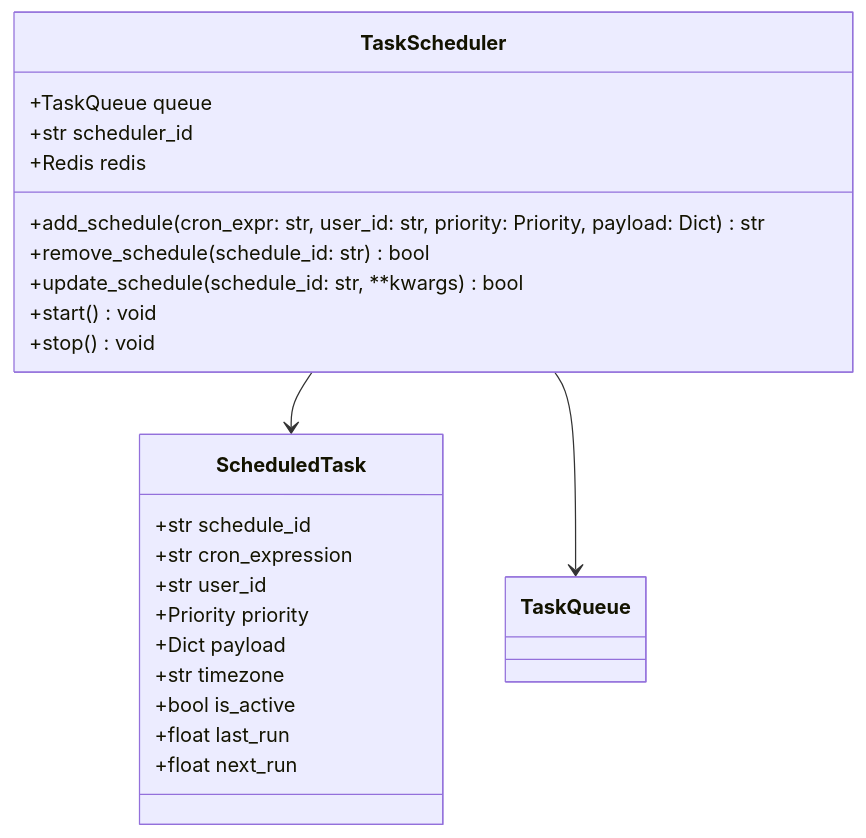
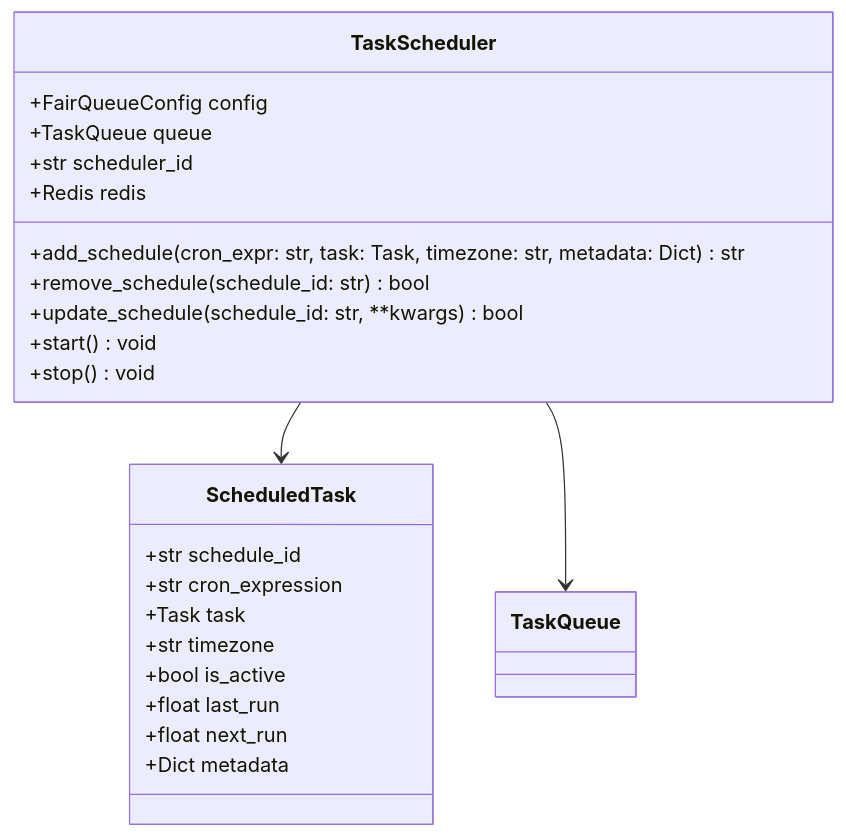
The fourth of 21 diagrams in docs/architecture.md (premana/fairque), drawn with Mermaid before and after one commit. The commit also changed other lines of this file and 4 other files, not shown here.

````diff
--- a/docs/architecture.md
+++ b/docs/architecture.md
@@ -148,28 +164,28 @@
 ```mermaid
 classDiagram
     class TaskScheduler {
+        +FairQueueConfig config
         +TaskQueue queue
         +str scheduler_id
         +Redis redis
-        +add_schedule(cron_expr: str, user_id: str, priority: Priority, payload: Dict) str
+        +add_schedule(cron_expr: str, task: Task, timezone: str, metadata: Dict) str
         +remove_schedule(schedule_id: str) bool
         +update_schedule(schedule_id: str, **kwargs) bool
         +start() void
         +stop() void
     }
     
     class ScheduledTask {
         +str schedule_id
         +str cron_expression
-        +str user_id
-        +Priority priority
-        +Dict payload
+        +Task task
         +str timezone
         +bool is_active
         +float last_run
         +float next_run
+        +Dict metadata
     }
     
     TaskScheduler --> ScheduledTask
     TaskScheduler --> TaskQueue
 ```
````
